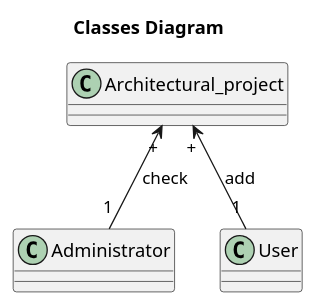
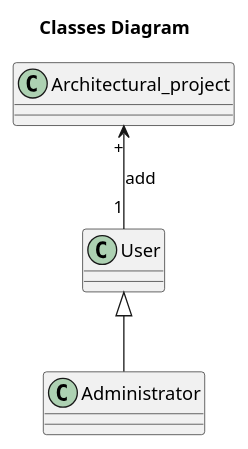
The diagram in 2-SoftwareDesign/2.7-PlantUML/UML-ConceptClasses.puml (oleksandrblazhko/ai204-babich), drawn with PlantUML before and after one commit.

```diff
--- a/2-SoftwareDesign/2.7-PlantUML/UML-ConceptClasses.puml
+++ b/2-SoftwareDesign/2.7-PlantUML/UML-ConceptClasses.puml
@@ -1,10 +1,11 @@
 @startuml
 title Classes Diagram
 
 Class Administrator
 Class User
 Class Architectural_project
 
-Administrator "1" -up-> "+" Architectural_project : check
+
+User <|-- Administrator
 User"1" -up-> "+"Architectural_project : add
 @enduml
```
